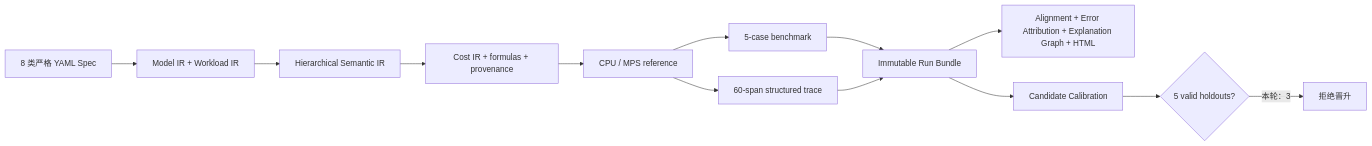
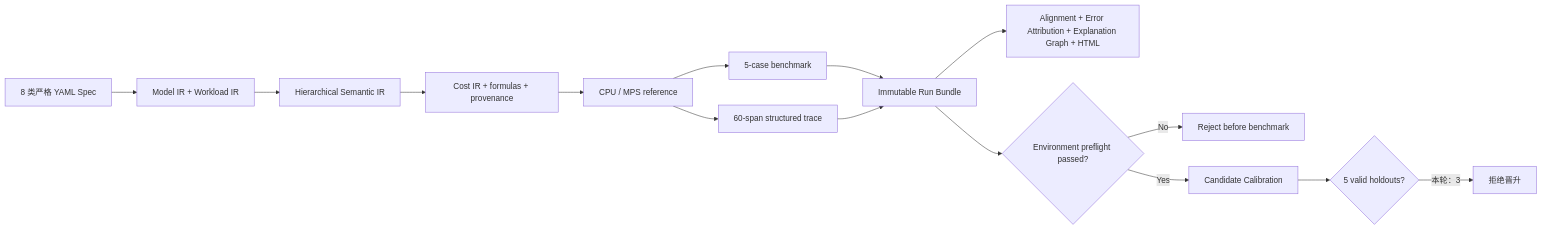
One commit to Kirrito-k423/GroundUpScale changed the diagram in goal_process/mac-transformer-ir-calibration-slice/FINAL-REPORT.md. Above: the diagram before and after it, drawn with Mermaid. The commit also changed other lines of this file and 19 other files, not shown here.

````diff
--- a/goal_process/mac-transformer-ir-calibration-slice/FINAL-REPORT.md
+++ b/goal_process/mac-transformer-ir-calibration-slice/FINAL-REPORT.md
@@ -9,15 +9,17 @@
 ```mermaid
 flowchart LR
     A["8 类严格 YAML Spec"] --> B["Model IR + Workload IR"]
     B --> C["Hierarchical Semantic IR"]
     C --> D["Cost IR + formulas + provenance"]
     D --> E["CPU / MPS reference"]
     E --> F["5-case benchmark"]
     E --> G["60-span structured trace"]
     F --> H["Immutable Run Bundle"]
     G --> H
     H --> I["Alignment + Error Attribution + Explanation Graph + HTML"]
-    H --> J["Candidate Calibration"]
+    H --> P{"Environment preflight passed?"}
+    P -->|"No"| Q["Reject before benchmark"]
+    P -->|"Yes"| J["Candidate Calibration"]
     J --> K{"5 valid holdouts?"}
     K -->|"本轮：3"| L["拒绝晋升"]
 ```
````
